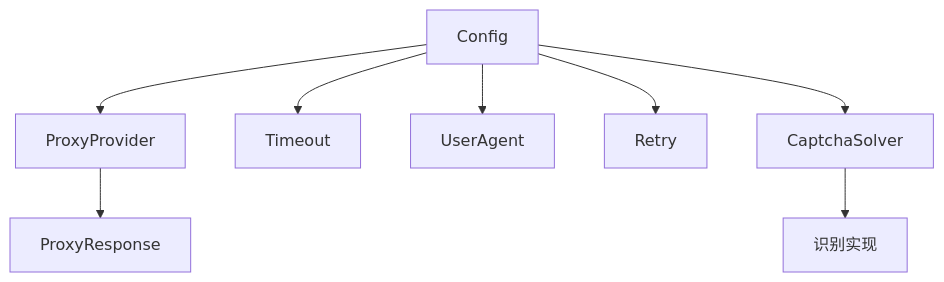
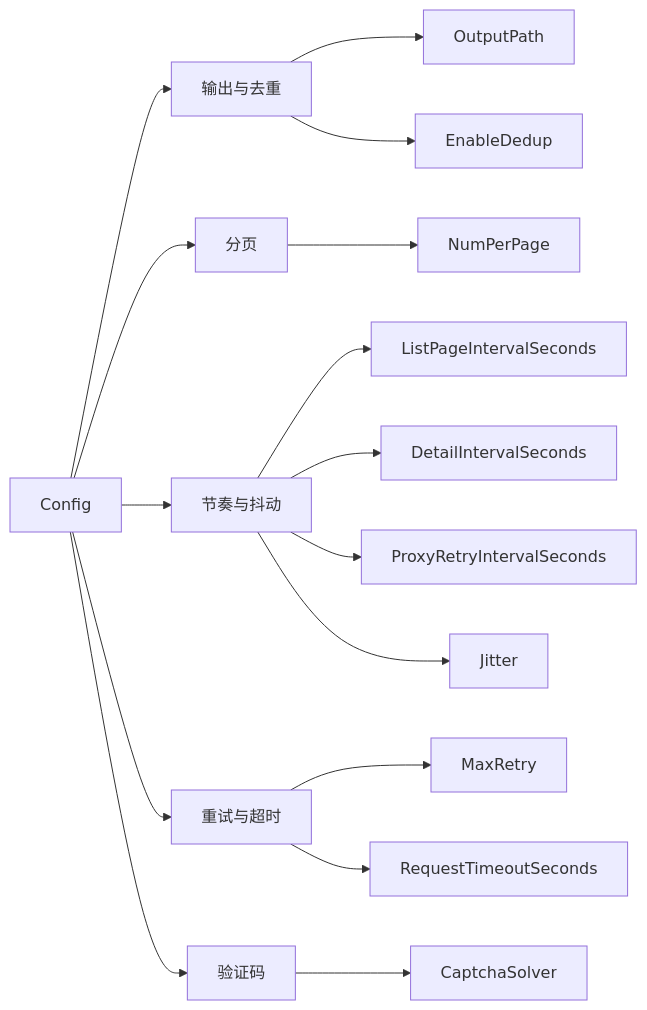
Before and after one commit to scagogogo/cnvd-skills: the diagram in website/docs/api-cnvd-skills/config.md, drawn with Mermaid. The commit also changed other lines of this file and 59 other files, not shown here.

````diff
--- a/website/docs/api-cnvd-skills/config.md
+++ b/website/docs/api-cnvd-skills/config.md
@@ -13,10 +73,18 @@
 ```mermaid
-flowchart TD
-    C[Config] --> P[ProxyProvider]
-    C --> T[Timeout]
-    C --> U[UserAgent]
-    C --> R[Retry]
-    C --> S[CaptchaSolver]
-    P --> PR[ProxyResponse]
-    S --> SOL[识别实现]
+graph LR
+    Config --> A[输出与去重]
+    Config --> B[分页]
+    Config --> C[节奏与抖动]
+    Config --> D[重试与超时]
+    Config --> E[验证码]
+    A --> OutputPath
+    A --> EnableDedup
+    B --> NumPerPage
+    C --> ListPageIntervalSeconds
+    C --> DetailIntervalSeconds
+    C --> ProxyRetryIntervalSeconds
+    C --> Jitter
+    D --> MaxRetry
+    D --> RequestTimeoutSeconds
+    E --> CaptchaSolver
 ```
````
